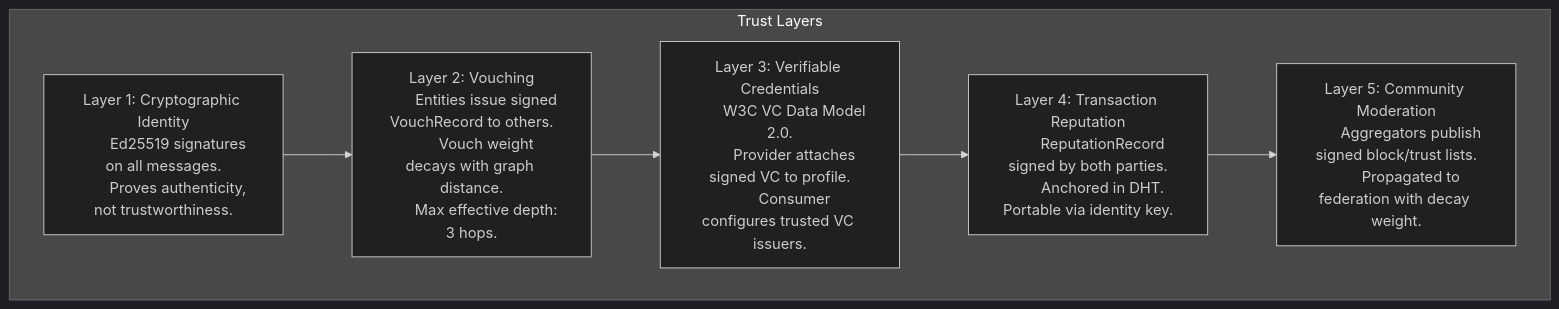
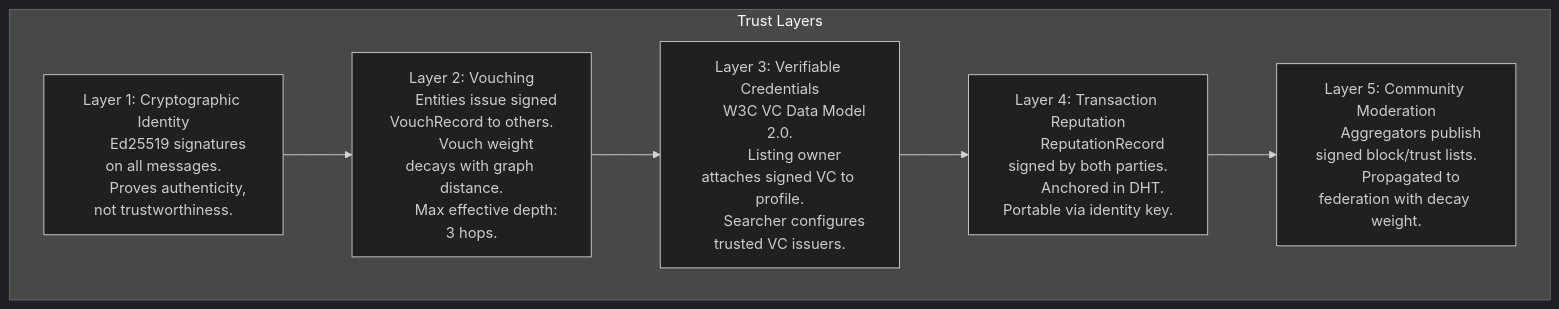
Diagram 13 of 23 in docs/system-architecture.md (syneroym/syneroym), drawn with Mermaid (dark theme) before and after one commit. The commit also changed other lines of this file and 106 other files, not shown here.

````diff
--- a/docs/system-architecture.md
+++ b/docs/system-architecture.md
@@ -1027,28 +1027,28 @@
 ```mermaid
 flowchart TD
     subgraph TRUST_LAYERS["Trust Layers"]
         L1["Layer 1: Cryptographic Identity
         Ed25519 signatures on all messages.
         Proves authenticity, not trustworthiness."]
 
         L2["Layer 2: Vouching
         Entities issue signed VouchRecord to others.
         Vouch weight decays with graph distance.
         Max effective depth: 3 hops."]
 
         L3["Layer 3: Verifiable Credentials
         W3C VC Data Model 2.0.
-        Provider attaches signed VC to profile.
-        Consumer configures trusted VC issuers."]
+        Listing owner attaches signed VC to profile.
+        Searcher configures trusted VC issuers."]
 
         L4["Layer 4: Transaction Reputation
         ReputationRecord signed by both parties.
         Anchored in DHT. Portable via identity key."]
 
         L5["Layer 5: Community Moderation
         Aggregators publish signed block/trust lists.
         Propagated to federation with decay weight."]
 
         L1 --> L2 --> L3 --> L4 --> L5
     end
 ```
````
